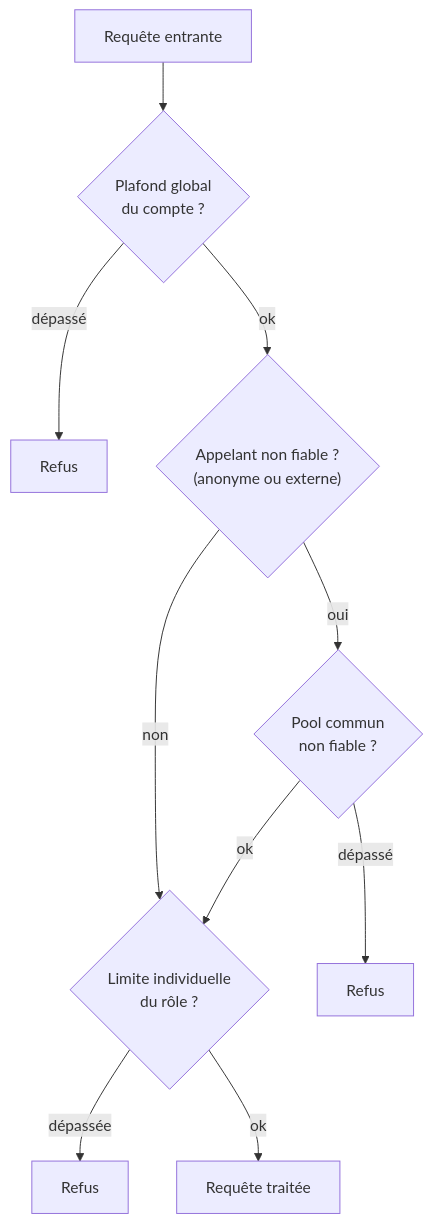
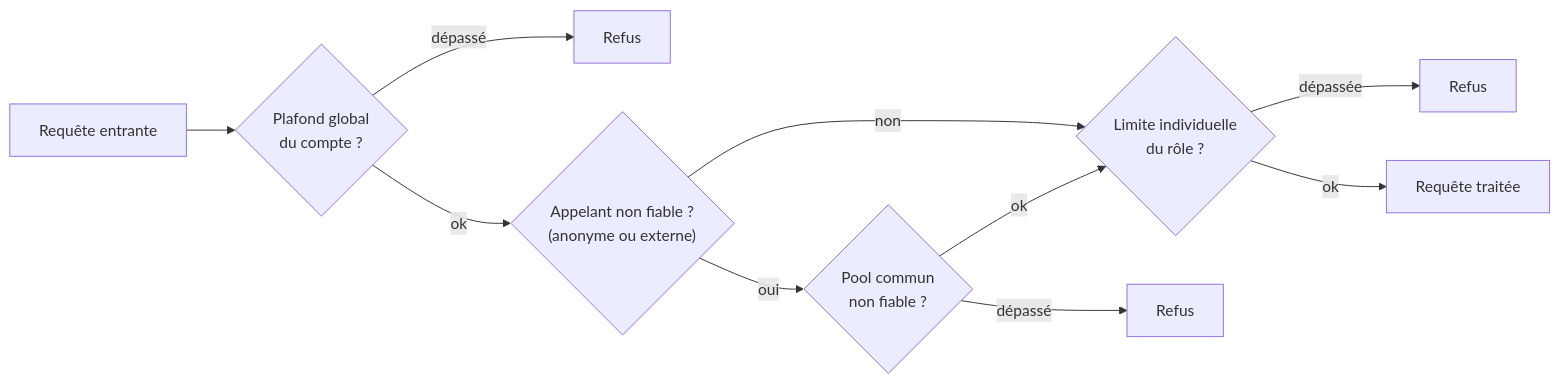
The first of 3 diagrams in docs/presentation-fr/05-securite.md (data-fair/agents), drawn with Mermaid before and after one commit. The commit also changed other lines of this file and 5 other files, not shown here.

First line of the commit message:
docs(presentation-fr): polish prose, fix diagrams, cover client questions

````diff
--- a/docs/presentation-fr/05-securite.md
+++ b/docs/presentation-fr/05-securite.md
@@ -15,12 +15,12 @@
 ```mermaid
-flowchart TD
+flowchart LR
     R["Requête entrante"] --> Q1{"Plafond global\ndu compte ?"}
     Q1 -->|"dépassé"| Refus1["Refus"]
     Q1 -->|"ok"| Q2{"Appelant non fiable ?\n(anonyme ou externe)"}
     Q2 -->|"oui"| Q3{"Pool commun\nnon fiable ?"}
     Q2 -->|"non"| Q4{"Limite individuelle\ndu rôle ?"}
     Q3 -->|"dépassé"| Refus2["Refus"]
     Q3 -->|"ok"| Q4
     Q4 -->|"dépassée"| Refus3["Refus"]
     Q4 -->|"ok"| OK["Requête traitée"]
 ```
````
